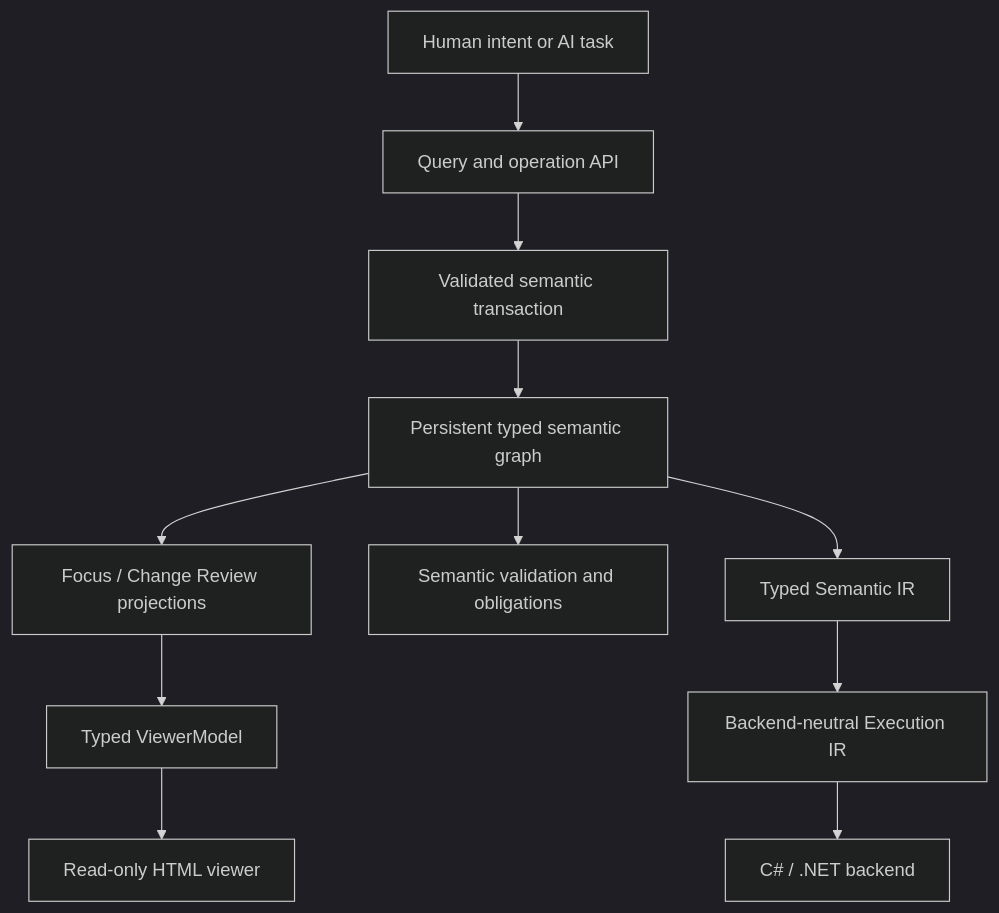
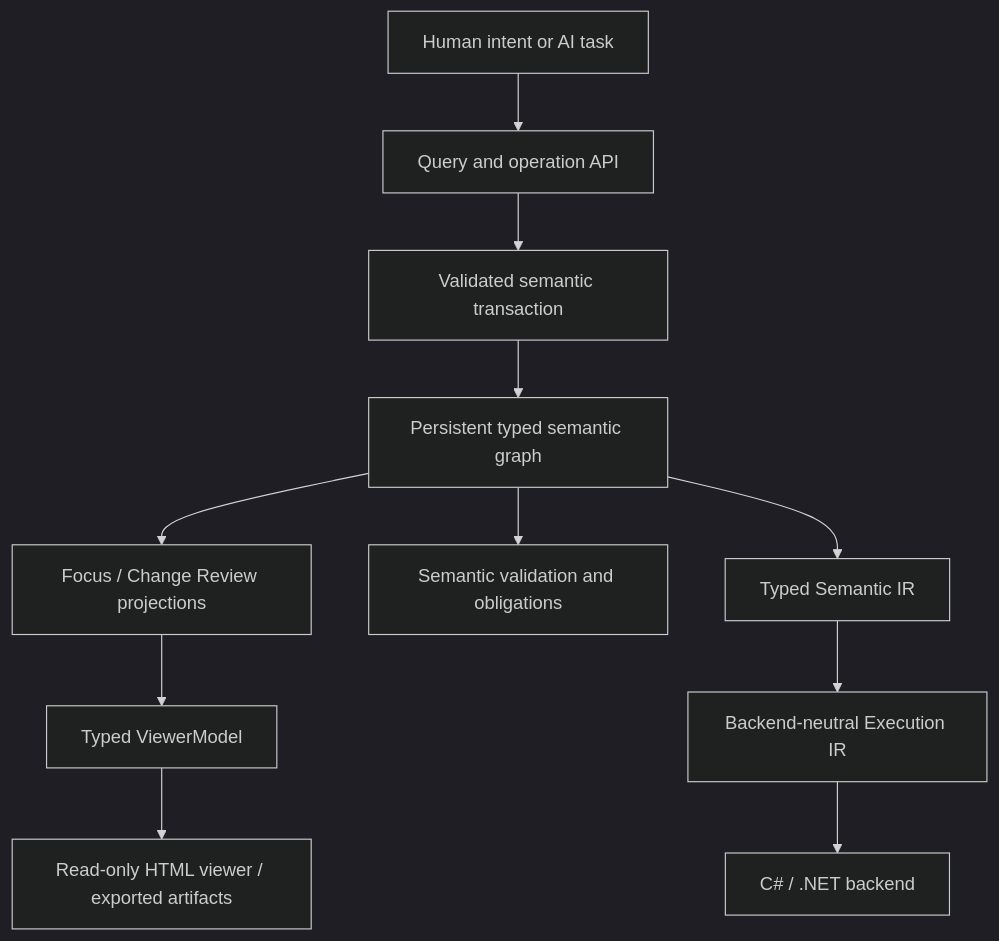
Before and after one commit to kw4r3n/nyrwvy: the diagram in README.md, drawn with Mermaid (dark theme). The commit also changed other lines of this file and 5 other files, not shown here.

````diff
--- a/README.md
+++ b/README.md
@@ -17,13 +17,13 @@
 ```mermaid
 flowchart TD
     A[Human intent or AI task] --> B[Query and operation API]
     B --> C[Validated semantic transaction]
     C --> D[Persistent typed semantic graph]
     D --> E[Focus / Change Review projections]
     E --> F[Typed ViewerModel]
-    F --> G[Read-only HTML viewer]
+    F --> G[Read-only HTML viewer / exported artifacts]
     D --> H[Semantic validation and obligations]
     D --> I[Typed Semantic IR]
     I --> J[Backend-neutral Execution IR]
     J --> K[C# / .NET backend]
 ```
````
